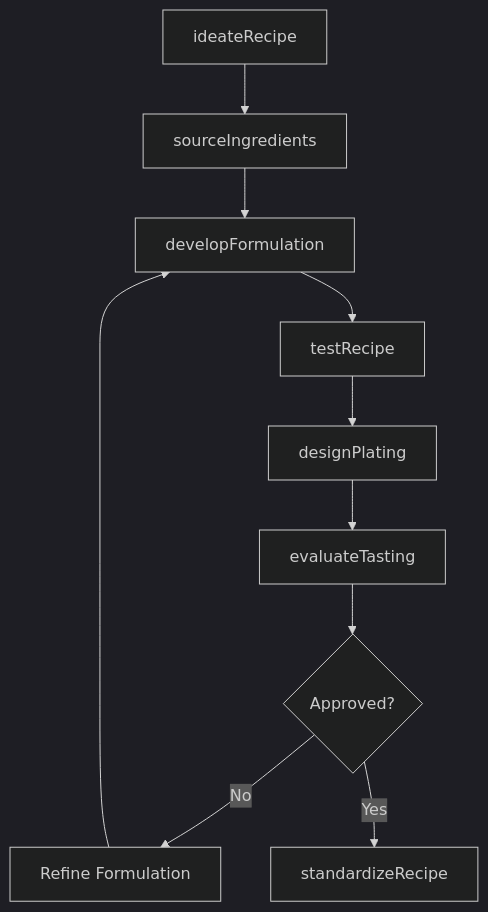
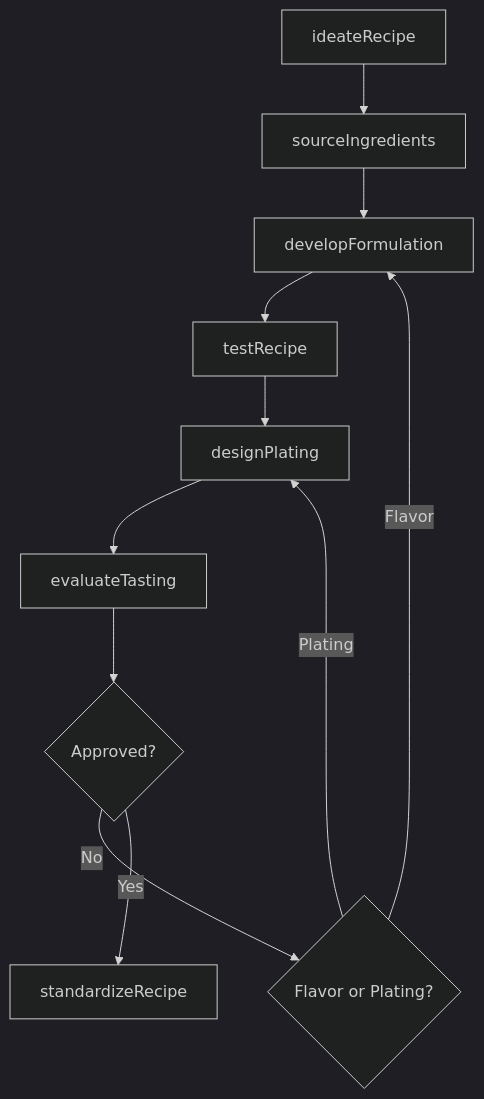
The third of 4 diagrams in ThinkingCreatively/DevelopRecipesOrMenus/CreateNewRecipesFoodPresentations.mdx (dot-org-ai/tasks.org.ai), drawn with Mermaid (dark theme) before and after one commit. The commit also changed other lines of this file and 504 other files, not shown here.

First line of the commit message:
feat: Add ER diagrams, state diagrams, and workflow improvements to 96 DWA task files

````diff
--- a/ThinkingCreatively/DevelopRecipesOrMenus/CreateNewRecipesFoodPresentations.mdx
+++ b/ThinkingCreatively/DevelopRecipesOrMenus/CreateNewRecipesFoodPresentations.mdx
@@ -86,12 +114,13 @@
 ```mermaid
 graph TD
     A[ideateRecipe] --> B[sourceIngredients]
     B --> C[developFormulation]
     C --> D[testRecipe]
     D --> E[designPlating]
     E --> F[evaluateTasting]
     F --> G{Approved?}
-    G -->|No| H[Refine Formulation]
-    H --> C
+    G -->|No| H{Flavor or Plating?}
+    H -->|Flavor| C
+    H -->|Plating| E
     G -->|Yes| I[standardizeRecipe]
 ```
````
